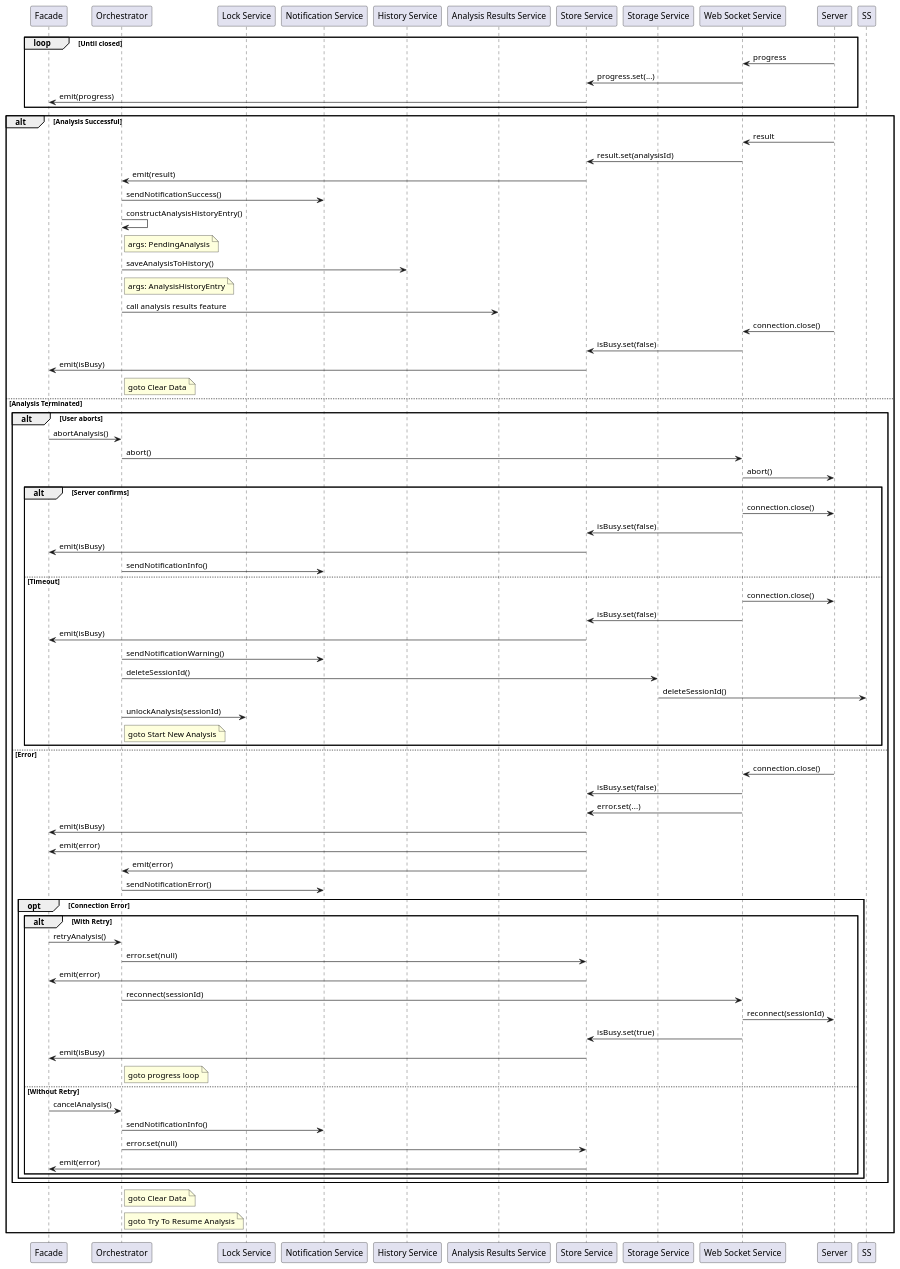
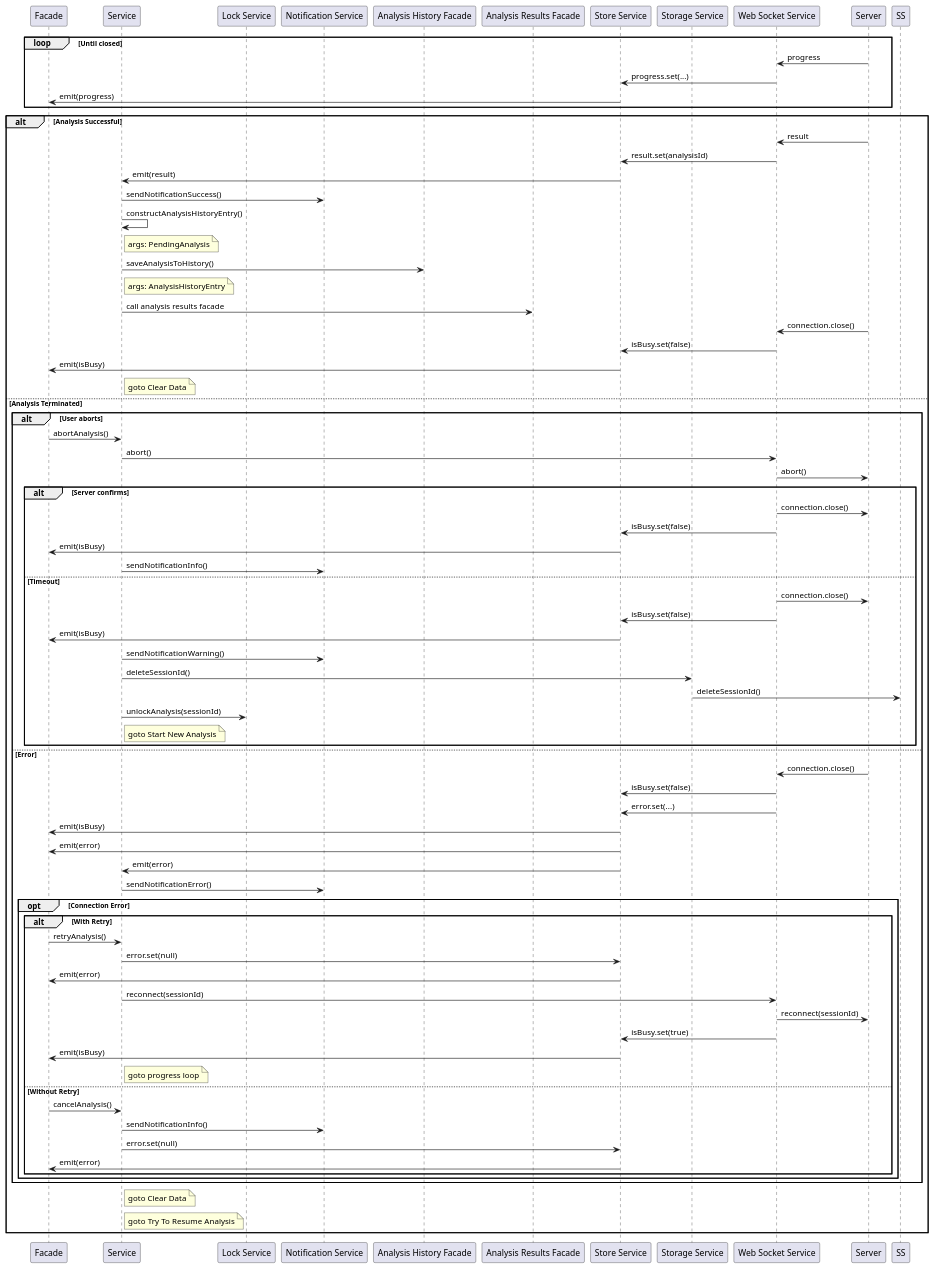
The diagram in docs/analysis-run/diagrams/continue-analysis.sequence.puml (marg4ryn/Strata), drawn with PlantUML before and after one commit. The commit also changed 4 other files, not shown here.

Commit message:
docs: adjust diagrams to reflect service name changes

```diff
--- a/docs/analysis-run/diagrams/continue-analysis.sequence.puml
+++ b/docs/analysis-run/diagrams/continue-analysis.sequence.puml
@@ -1,93 +1,93 @@
 @startuml Continue Analysis
 
 participant "Facade" as F
-participant "Orchestrator" as O
-participant "Lock Service" as L
-participant "Notification Service" as N
-participant "History Service" as H
-participant "Analysis Results Service" as ARS
-participant "Store Service" as ST
-participant "Storage Service" as STG
-participant "Web Socket Service" as WS
+participant "Service" as S
+participant "Lock Service" as LS
+participant "Notification Service" as NS
+participant "Analysis History Facade" as AHF
+participant "Analysis Results Facade" as ARF
+participant "Store Service" as STS
+participant "Storage Service" as SGS
+participant "Web Socket Service" as WSS
 participant "Server" as SRV
 
 loop Until closed
-    SRV -> WS: progress
-    WS -> ST: progress.set(...)
-    ST -> F: emit(progress)
+    SRV -> WSS: progress
+    WSS -> STS: progress.set(...)
+    STS -> F: emit(progress)
 end
 
 alt Analysis Successful
-    SRV -> WS: result
-    WS -> ST: result.set(analysisId)
-    ST -> O: emit(result)
-    O -> N: sendNotificationSuccess()
-    O -> O: constructAnalysisHistoryEntry()
-    note right of O: args: PendingAnalysis
-    O -> H: saveAnalysisToHistory()
-    note right of O: args: AnalysisHistoryEntry
-    O -> ARS: call analysis results feature
-    SRV -> WS: connection.close()
-    WS -> ST: isBusy.set(false)
-    ST -> F: emit(isBusy)
-    note right of O: goto Clear Data
+    SRV -> WSS: result
+    WSS -> STS: result.set(analysisId)
+    STS -> S: emit(result)
+    S -> NS: sendNotificationSuccess()
+    S -> S: constructAnalysisHistoryEntry()
+    note right of S: args: PendingAnalysis
+    S -> AHF: saveAnalysisToHistory()
+    note right of S: args: AnalysisHistoryEntry
+    S -> ARF: call analysis results facade
+    SRV -> WSS: connection.close()
+    WSS -> STS: isBusy.set(false)
+    STS -> F: emit(isBusy)
+    note right of S: goto Clear Data
 
 else Analysis Terminated
 
     alt User aborts
-        F -> O: abortAnalysis()
-        O -> WS: abort()    
-        WS -> SRV: abort()
+        F -> S: abortAnalysis()
+        S -> WSS: abort()    
+        WSS -> SRV: abort()
 
         alt Server confirms
-            WS -> SRV: connection.close()
-            WS -> ST: isBusy.set(false)
-            ST -> F: emit(isBusy)
-            O -> N: sendNotificationInfo()
+            WSS -> SRV: connection.close()
+            WSS -> STS: isBusy.set(false)
+            STS -> F: emit(isBusy)
+            S -> NS: sendNotificationInfo()
             
         else Timeout
-            WS -> SRV: connection.close()
-            WS -> ST: isBusy.set(false)
-            ST -> F: emit(isBusy)
-            O -> N: sendNotificationWarning()
-            O -> STG: deleteSessionId()
-            STG -> SS: deleteSessionId()
-            O -> L: unlockAnalysis(sessionId)
-            note right of O: goto Start New Analysis
+            WSS -> SRV: connection.close()
+            WSS -> STS: isBusy.set(false)
+            STS -> F: emit(isBusy)
+            S -> NS: sendNotificationWarning()
+            S -> SGS: deleteSessionId()
+            SGS -> SS: deleteSessionId()
+            S -> LS: unlockAnalysis(sessionId)
+            note right of S: goto Start New Analysis
         end
 
     else Error
-        SRV -> WS: connection.close()
-        WS -> ST: isBusy.set(false)
-        WS -> ST: error.set(...)
-        ST -> F: emit(isBusy)
-        ST -> F: emit(error)
-        ST -> O: emit(error)
-        O -> N: sendNotificationError()
+        SRV -> WSS: connection.close()
+        WSS -> STS: isBusy.set(false)
+        WSS -> STS: error.set(...)
+        STS -> F: emit(isBusy)
+        STS -> F: emit(error)
+        STS -> S: emit(error)
+        S -> NS: sendNotificationError()
 
         opt Connection Error
             alt With Retry
-                F -> O: retryAnalysis()
-                O -> ST: error.set(null)
-                ST -> F: emit(error)
-                O -> WS: reconnect(sessionId)
-                WS -> SRV: reconnect(sessionId)
-                WS -> ST: isBusy.set(true)
-                ST -> F: emit(isBusy)
-                note right of O: goto progress loop
+                F -> S: retryAnalysis()
+                S -> STS: error.set(null)
+                STS -> F: emit(error)
+                S -> WSS: reconnect(sessionId)
+                WSS -> SRV: reconnect(sessionId)
+                WSS -> STS: isBusy.set(true)
+                STS -> F: emit(isBusy)
+                note right of S: goto progress loop
 
             else Without Retry
-                F -> O: cancelAnalysis()
-                O -> N: sendNotificationInfo()
-                O -> ST: error.set(null)
-                ST -> F: emit(error)
+                F -> S: cancelAnalysis()
+                S -> NS: sendNotificationInfo()
+                S -> STS: error.set(null)
+                STS -> F: emit(error)
             end
         end
     end
 
-    note right of O: goto Clear Data
-    note right of O: goto Try To Resume Analysis
+    note right of S: goto Clear Data
+    note right of S: goto Try To Resume Analysis
     
 end
 
 @enduml
```
